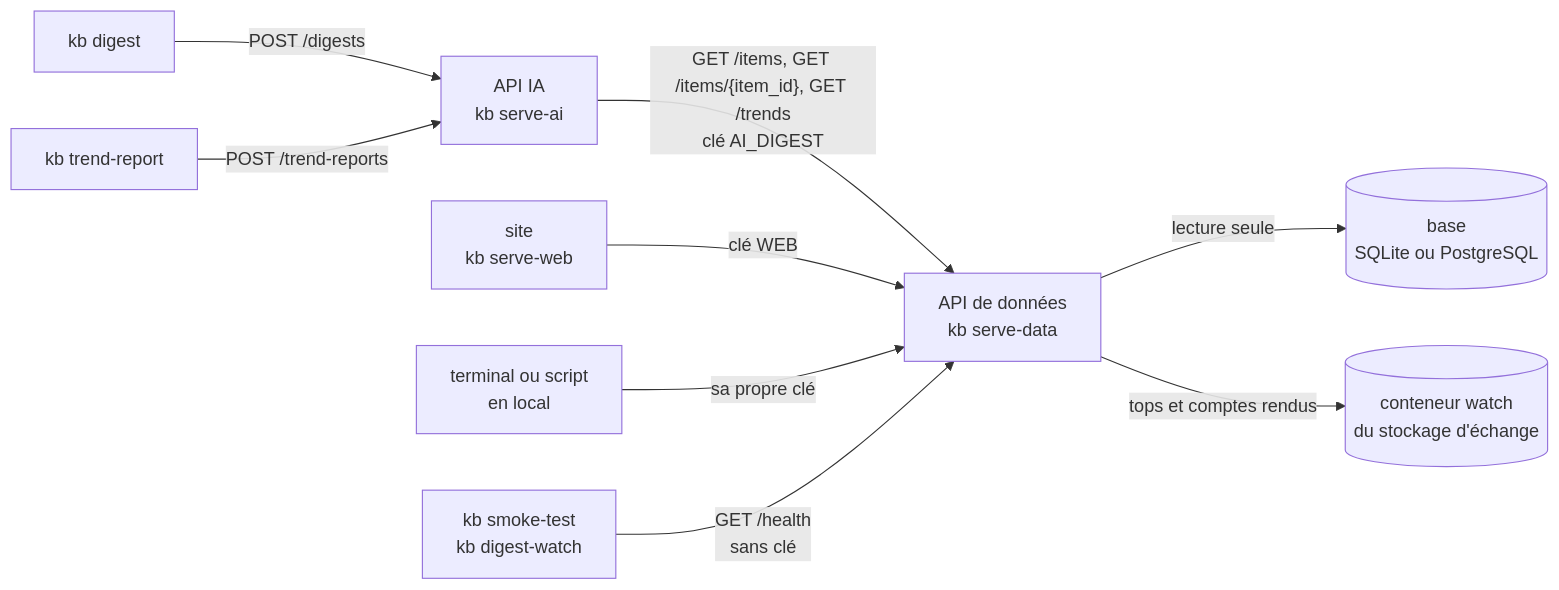
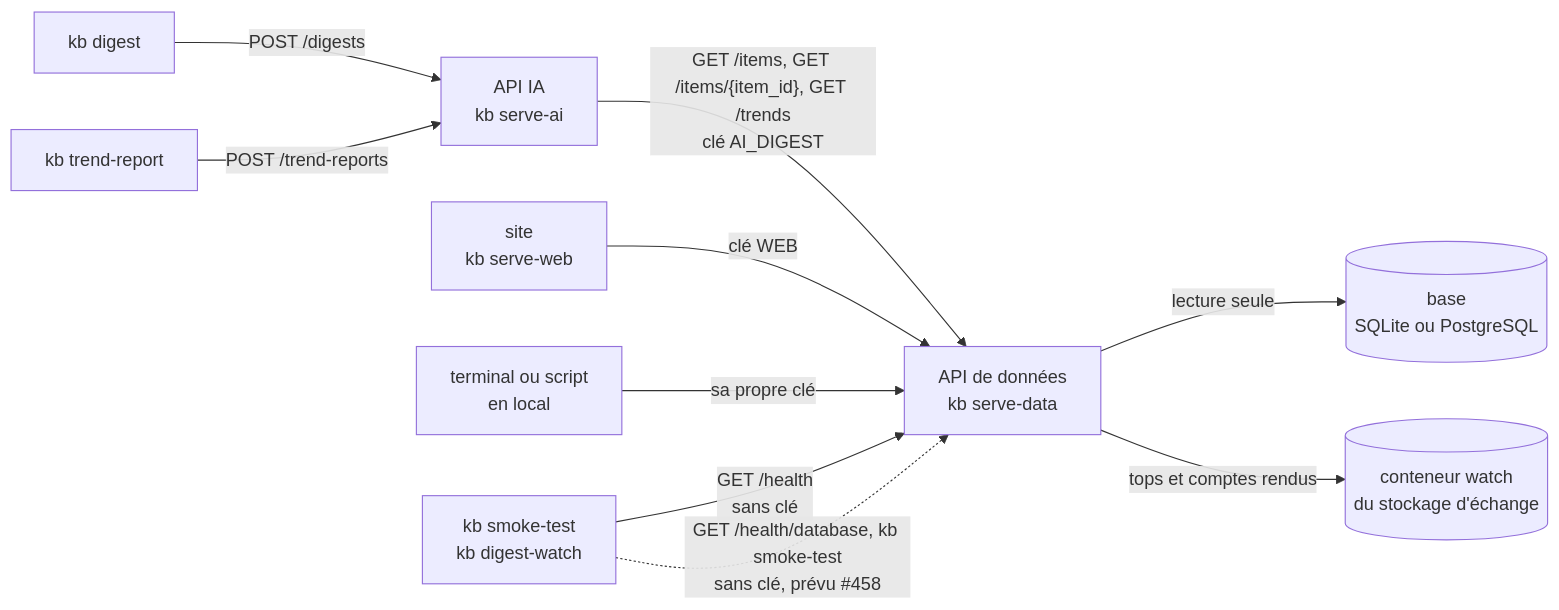
Before and after one commit to SabineLaurent/K-B: the diagram in documentation/api-donnees.md, drawn with Mermaid. The commit also changed other lines of this file and 7 other files, not shown here.

````diff
--- a/documentation/api-donnees.md
+++ b/documentation/api-donnees.md
@@ -55,13 +56,14 @@
 ```mermaid
 flowchart LR
     accTitle: Les appelants de l'API de données et ce qu'elle lit
-    accDescr: kb digest et kb trend-report appellent l'API IA, qui lit les items et les tendances par l'API de données avec la clé du client AI_DIGEST. Le site appelle avec la clé du client WEB. En local, le terminal ou un script appelle avec sa propre clé. Les jobs kb smoke-test et kb digest-watch appellent GET /health sans clé. L'API de données lit la base en lecture seule, et le conteneur watch du stockage d'échange pour les tops et les comptes rendus.
+    accDescr: kb digest et kb trend-report appellent l'API IA, qui lit les items et les tendances par l'API de données avec la clé du client AI_DIGEST. Le site appelle avec la clé du client WEB. En local, le terminal ou un script appelle avec sa propre clé. Les jobs kb smoke-test et kb digest-watch appellent GET /health sans clé; kb smoke-test appelle aussi GET /health/database sans clé, en pointillés: prévu en ligne, avec #458. L'API de données lit la base en lecture seule, et le conteneur watch du stockage d'échange pour les tops et les comptes rendus.
     digest["kb digest"] -->|"POST /digests"| ai["API IA<br>kb serve-ai"]
     trend["kb trend-report"] -->|"POST /trend-reports"| ai
     ai -->|"GET /items, GET /items/{item_id}, GET /trends<br>clé AI_DIGEST"| data["API de données<br>kb serve-data"]
     web["site<br>kb serve-web"] -->|"clé WEB"| data
     other["terminal ou script<br>en local"] -->|"sa propre clé"| data
     jobs["kb smoke-test<br>kb digest-watch"] -->|"GET /health<br>sans clé"| data
+    jobs -.->|"GET /health/database, kb smoke-test<br>sans clé, prévu #458"| data
     data -->|"lecture seule"| base[("base<br>SQLite ou PostgreSQL")]
     data -->|"tops et comptes rendus"| watch[("conteneur watch<br>du stockage d'échange")]
 ```
````
